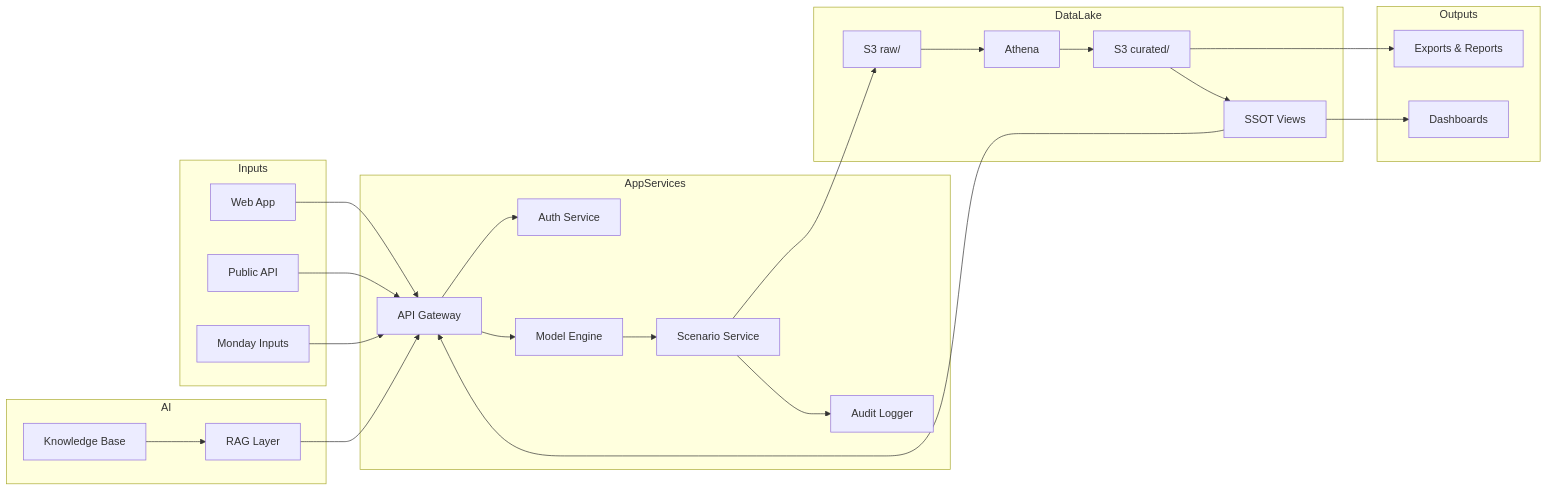
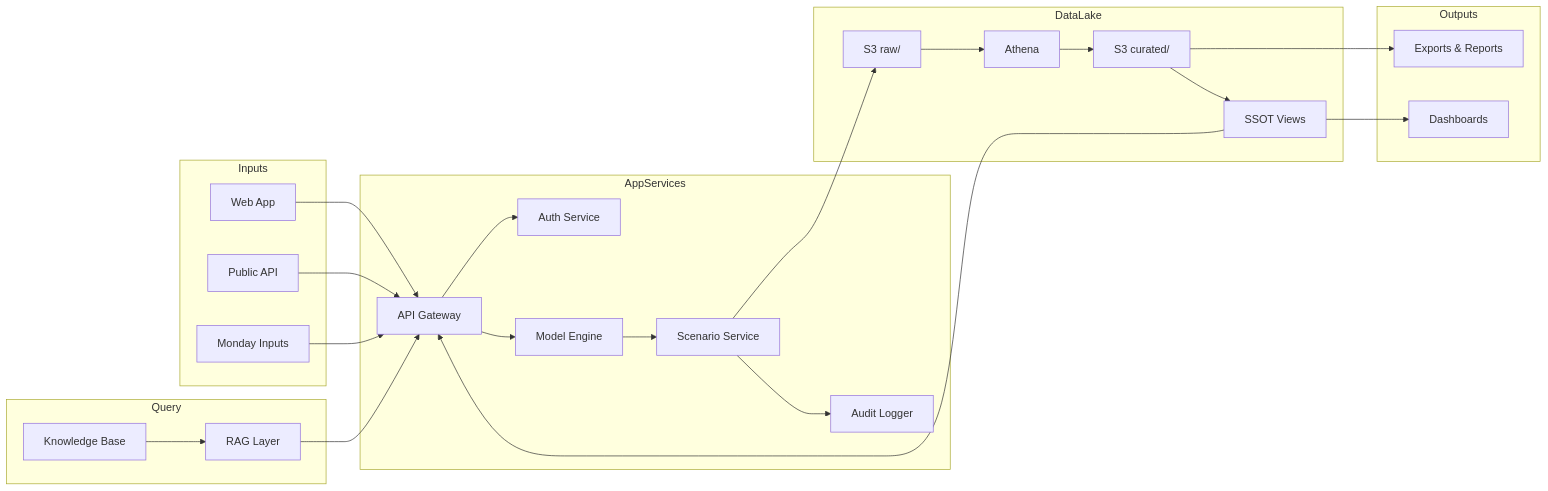
Before and after one commit to Veeha2611/lake-deploy-: the diagram in docs/architecture/diagrams/future_state_mac_v2.mmd, drawn with Mermaid. The commit also changed 63 other files, not shown here.

```diff
--- a/docs/architecture/diagrams/future_state_mac_v2.mmd
+++ b/docs/architecture/diagrams/future_state_mac_v2.mmd
@@ -1,49 +1,49 @@
 flowchart LR
   subgraph Inputs
     UI[Web App]
     API[Public API]
     Monday[Monday Inputs]
   end
 
   subgraph AppServices
     Gateway[API Gateway]
     Auth[Auth Service]
     ModelSvc[Model Engine]
     ScenarioSvc[Scenario Service]
     Audit[Audit Logger]
   end
 
   subgraph DataLake
     S3Raw[S3 raw/]
     S3Curated[S3 curated/]
     Athena[Athena]
     SSOT[SSOT Views]
   end
 
-  subgraph AI
+  subgraph Query
     KB[Knowledge Base]
     RAG[RAG Layer]
   end
 
   subgraph Outputs
     Reports[Exports & Reports]
     Dashboards[Dashboards]
   end
 
   UI --> Gateway
   API --> Gateway
   Monday --> Gateway
 
   Gateway --> Auth
   Gateway --> ModelSvc
   ModelSvc --> ScenarioSvc
   ScenarioSvc --> S3Raw
   ScenarioSvc --> Audit
 
   S3Raw --> Athena --> S3Curated --> SSOT
   SSOT --> Gateway
 
   S3Curated --> Reports
   SSOT --> Dashboards
 
   KB --> RAG --> Gateway
```
